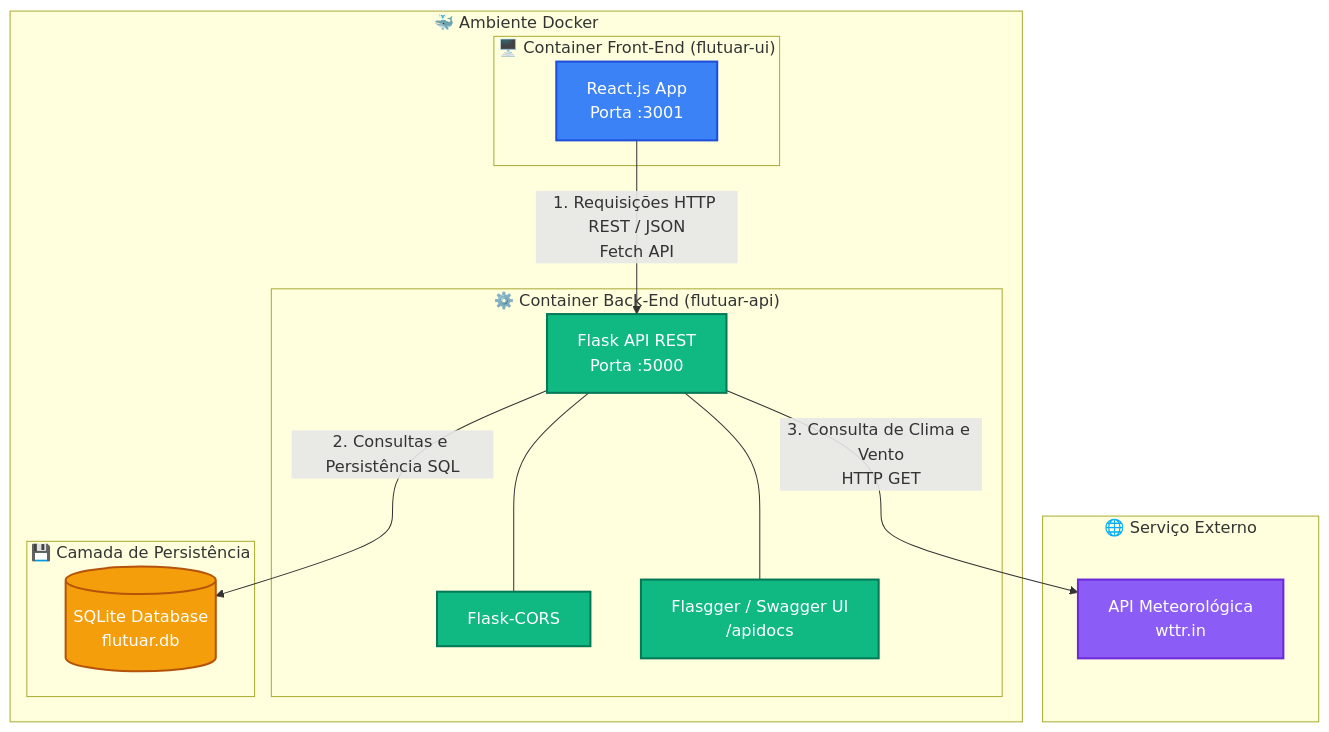
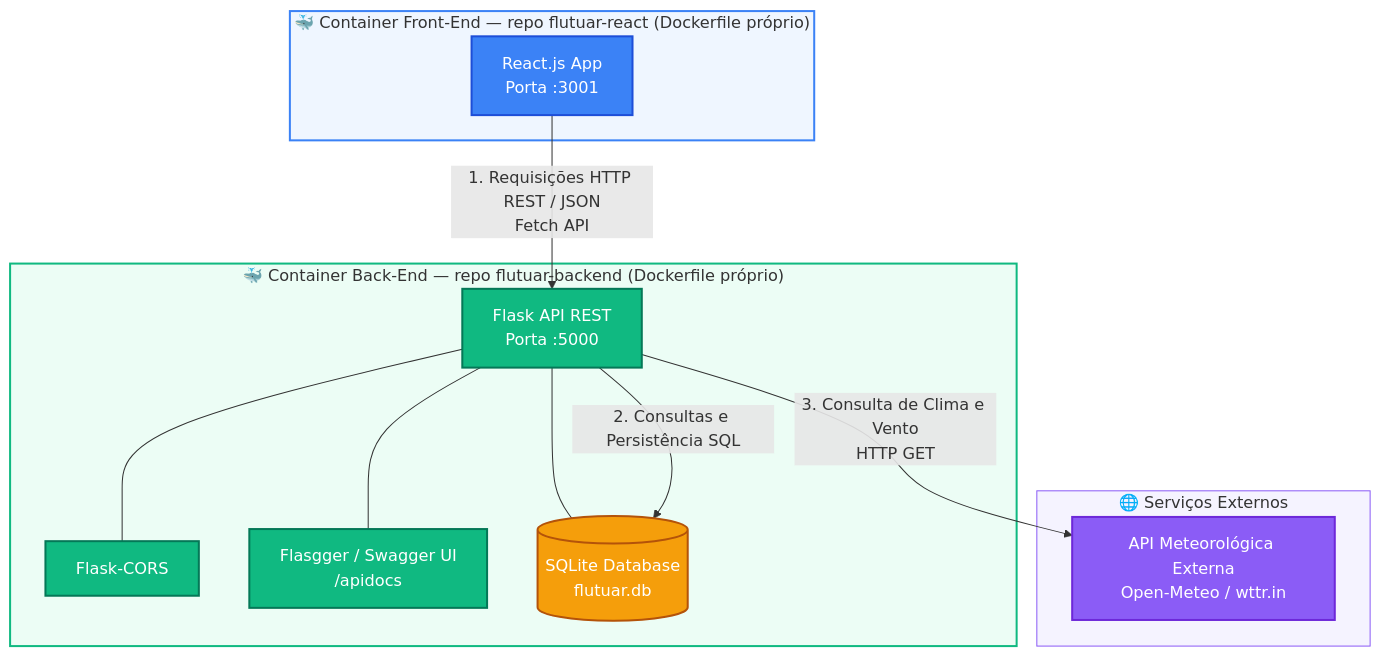
The diagram in README.md (cristianoricci/flutuar-backend), drawn with Mermaid before and after one commit. The commit also changed other lines of this file, not shown here.

````diff
--- a/README.md
+++ b/README.md
@@ -5,34 +19,37 @@
 ```mermaid
 graph TD
     %% Estilização de nós
     classDef client fill:#3b82f6,stroke:#1d4ed8,stroke-width:2px,color:#fff;
     classDef api fill:#10b981,stroke:#047857,stroke-width:2px,color:#fff;
     classDef db fill:#f59e0b,stroke:#b45309,stroke-width:2px,color:#fff;
     classDef ext fill:#8b5cf6,stroke:#6d28d9,stroke-width:2px,color:#fff;
+    classDef docker fill:#0284c7,stroke:#0369a1,stroke-width:2px,color:#fff;
 
-    subgraph Docker_Environment [" 🐳 Ambiente Docker "]
-        subgraph Frontend_Container [" 🖥️ Container Front-End (flutuar-ui) "]
-            UI[React.js App<br/>Porta :3001]:::client
-        end
-
-        subgraph Backend_Container [" ⚙️ Container Back-End (flutuar-api) "]
-            API[Flask API REST<br/>Porta :5000]:::api
-            CORS[Flask-CORS]:::api
-            SWAGGER[Flasgger / Swagger UI<br/>/apidocs]:::api
-            API --- CORS
-            API --- SWAGGER
-        end
-
-        subgraph Database_Storage [" 💾 Camada de Persistência "]
-            DB[(SQLite Database<br/>flutuar.db)]:::db
-        end
+    subgraph Frontend_Container [" 🐳 Container Front-End — repo flutuar-react (Dockerfile próprio) "]
+        UI[React.js App<br/>Porta :3001]:::client
     end
 
-    subgraph External_Services [" 🌐 Serviço Externo "]
-        EXT[API Meteorológica<br/>wttr.in]:::ext
+    subgraph Backend_Container [" 🐳 Container Back-End — repo flutuar-backend (Dockerfile próprio) "]
+        API[Flask API REST<br/>Porta :5000]:::api
+        CORS[Flask-CORS]:::api
+        SWAGGER[Flasgger / Swagger UI<br/>/apidocs]:::api
+        DB[(SQLite Database<br/>flutuar.db)]:::db
+        API --- CORS
+        API --- SWAGGER
+        API --- DB
     end
 
+    subgraph External_Services [" 🌐 Serviços Externos "]
+        EXT[API Meteorológica Externa<br/>Open-Meteo / wttr.in]:::ext
+    end
+
+    %% Fluxo de Comunicação
     UI -->|1. Requisições HTTP REST / JSON<br/>Fetch API| API
     API -->|2. Consultas e Persistência SQL| DB
     API -->|3. Consulta de Clima e Vento<br/>HTTP GET| EXT
+
+    %% Estilização dos subgraphs
+    style Frontend_Container fill:#eff6ff,stroke:#3b82f6,stroke-width:2px;
+    style Backend_Container fill:#ecfdf5,stroke:#10b981,stroke-width:2px;
+    style External_Services fill:#f5f3ff,stroke:#8b5cf6,stroke-width:1px;
 ```
````
